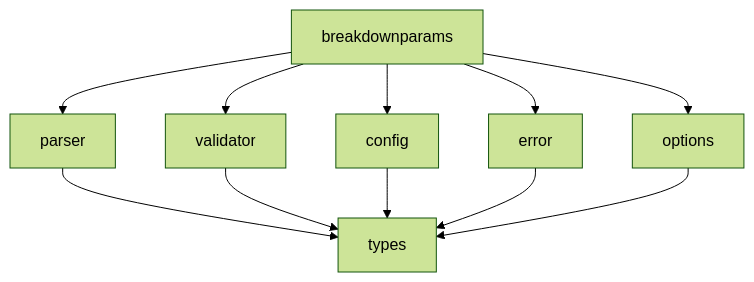
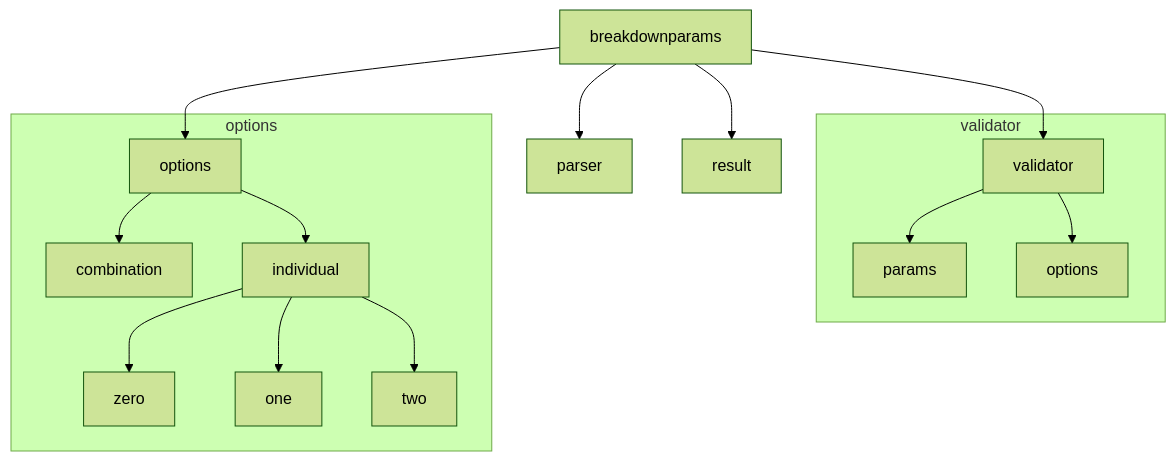
One commit to tettuan/breakdownparams changed the seventh of 7 diagrams in docs/architecture/layer2_diagrams.ja.md. Above: the diagram before and after it, drawn with Mermaid (forest theme). The commit also changed other lines of this file and 32 other files, not shown here.

````diff
--- a/docs/architecture/layer2_diagrams.ja.md
+++ b/docs/architecture/layer2_diagrams.ja.md
@@ -247,14 +206,20 @@
 ```mermaid
 graph TD
     A[breakdownparams] --> B[parser]
     A --> C[validator]
-    A --> D[config]
-    A --> E[error]
-    A --> F[options]
+    A --> D[options]
+    A --> E[result]
     
-    B --> G[types]
-    C --> G
-    D --> G
-    E --> G
-    F --> G
+    subgraph "validator"
+        C --> C1[params]
+        C --> C2[options]
+    end
+    
+    subgraph "options"
+        D --> D1[combination]
+        D --> D2[individual]
+        D2 --> D3[zero]
+        D2 --> D4[one]
+        D2 --> D5[two]
+    end
 ```
````
